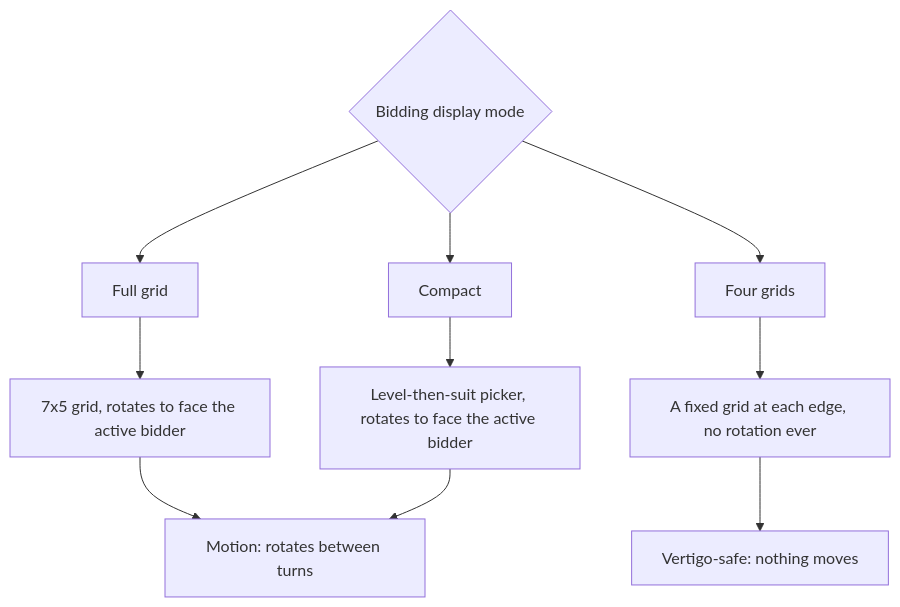
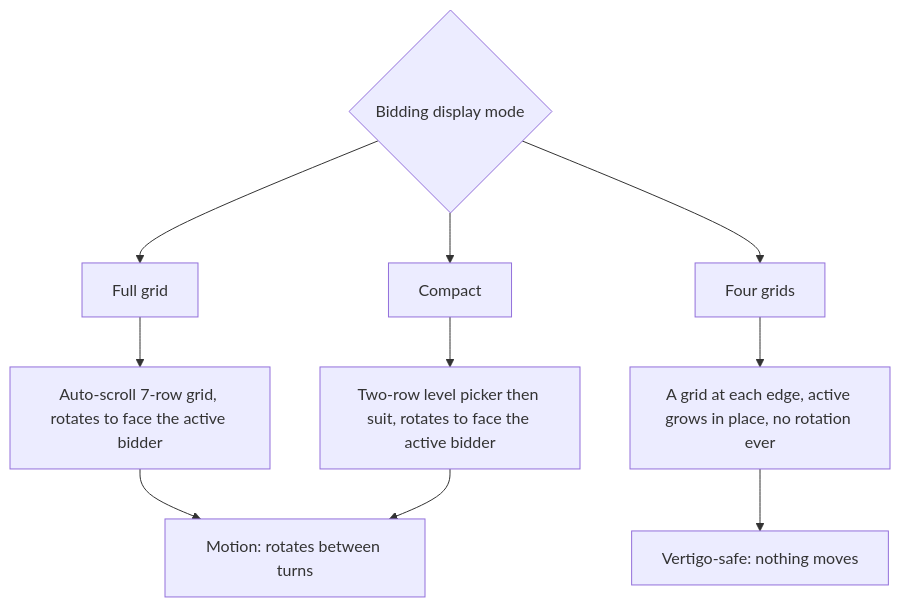
One commit to levijsbris/Bidding-Box changed the third of 5 diagrams in docs/PRODUCT.md. Above: the diagram before and after it, drawn with Mermaid. The commit also changed other lines of this file and 7 other files, not shown here.

````diff
--- a/docs/PRODUCT.md
+++ b/docs/PRODUCT.md
@@ -97,15 +97,15 @@
 ```mermaid
 flowchart TD
     Mode{Bidding display mode}
     Mode --> Full[Full grid]
     Mode --> Compact[Compact]
     Mode --> Four[Four grids]
 
-    Full --> FR[7x5 grid, rotates to face the active bidder]
-    Compact --> CR[Level-then-suit picker, rotates to face the active bidder]
-    Four --> FE[A fixed grid at each edge, no rotation ever]
+    Full --> FR[Auto-scroll 7-row grid, rotates to face the active bidder]
+    Compact --> CR[Two-row level picker then suit, rotates to face the active bidder]
+    Four --> FE[A grid at each edge, active grows in place, no rotation ever]
 
     FR --> Vert[Motion: rotates between turns]
     CR --> Vert
     FE --> NoVert[Vertigo-safe: nothing moves]
 ```
````
